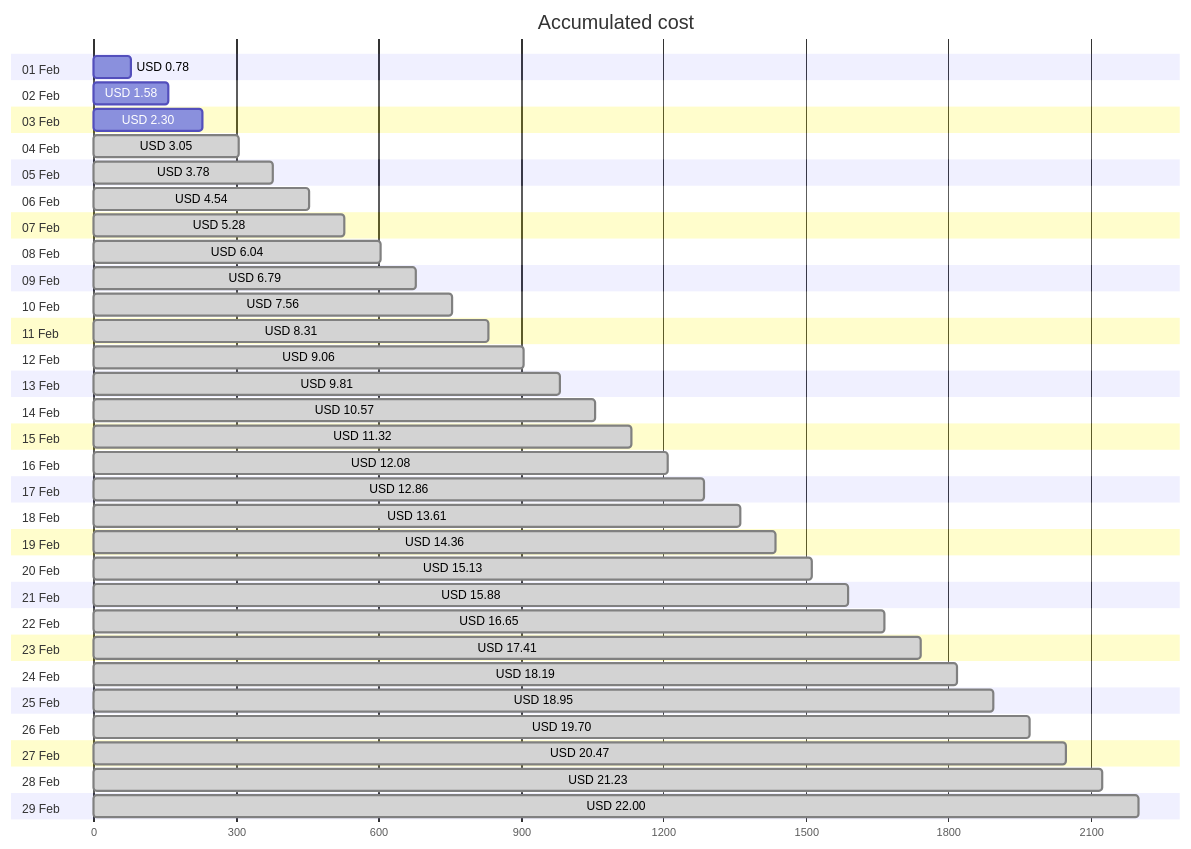
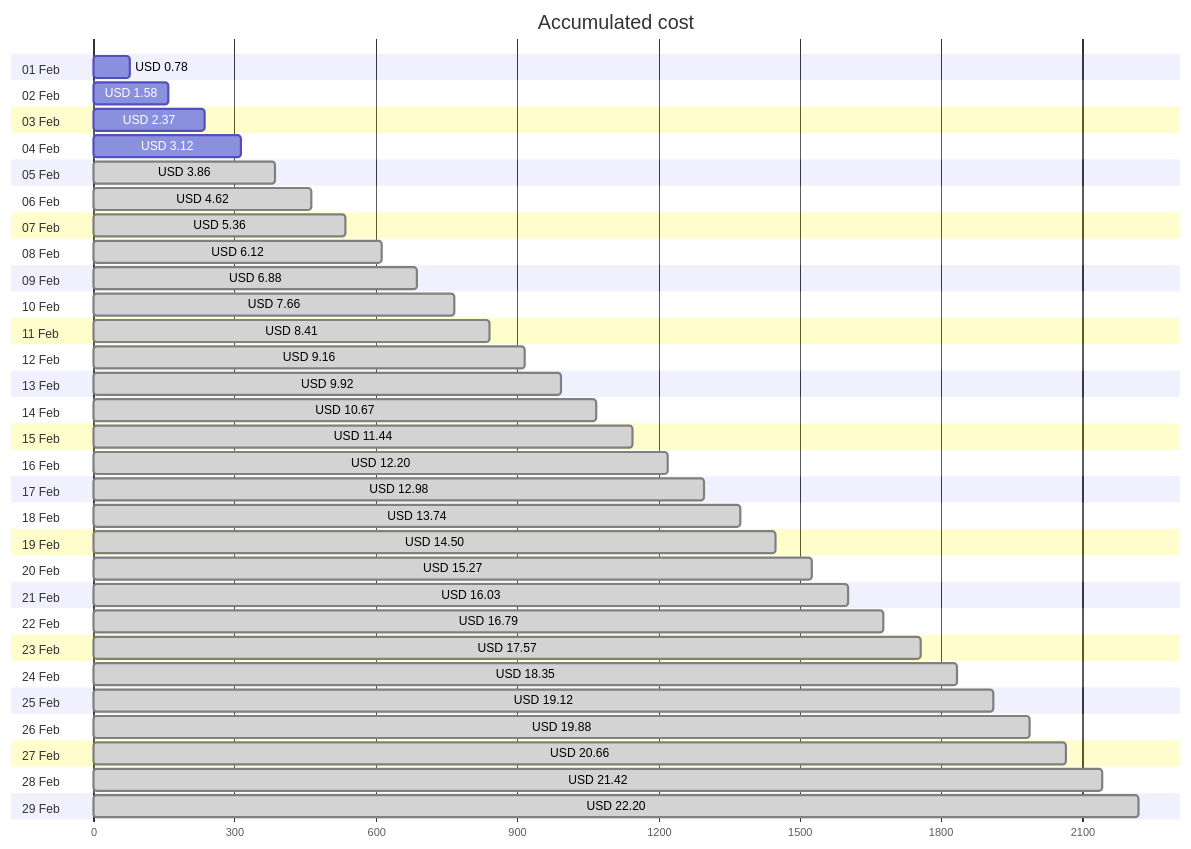
Before and after one commit to jpfulton/azure-personal-reports: the first of 4 diagrams in cost-reports/personal-network/backup-server-data-disk.md, drawn with Mermaid. The commit also changed other lines of this file and 8 other files, not shown here.

````diff
--- a/cost-reports/personal-network/backup-server-data-disk.md
+++ b/cost-reports/personal-network/backup-server-data-disk.md
@@ -20,64 +20,64 @@
 ```mermaid
 gantt
    title Accumulated cost
    dateFormat  X
    axisFormat %s
    section 01 Feb
    USD 0.78 :0, 78
    section 02 Feb
    USD 1.58 :0, 158
    section 03 Feb
-   USD 2.30 :0, 230
+   USD 2.37 :0, 237
    section 04 Feb
-   USD 3.05 : done, 0, 305
+   USD 3.12 :0, 312
    section 05 Feb
-   USD 3.78 : done, 0, 378
+   USD 3.86 : done, 0, 386
    section 06 Feb
-   USD 4.54 : done, 0, 454
+   USD 4.62 : done, 0, 462
    section 07 Feb
-   USD 5.28 : done, 0, 528
+   USD 5.36 : done, 0, 536
    section 08 Feb
-   USD 6.04 : done, 0, 604
+   USD 6.12 : done, 0, 612
    section 09 Feb
-   USD 6.79 : done, 0, 679
+   USD 6.88 : done, 0, 688
    section 10 Feb
-   USD 7.56 : done, 0, 756
+   USD 7.66 : done, 0, 766
    section 11 Feb
-   USD 8.31 : done, 0, 831
+   USD 8.41 : done, 0, 841
    section 12 Feb
-   USD 9.06 : done, 0, 906
+   USD 9.16 : done, 0, 916
    section 13 Feb
-   USD 9.81 : done, 0, 981
+   USD 9.92 : done, 0, 992
    section 14 Feb
-   USD 10.57 : done, 0, 1057
+   USD 10.67 : done, 0, 1067
    section 15 Feb
-   USD 11.32 : done, 0, 1132
+   USD 11.44 : done, 0, 1144
    section 16 Feb
-   USD 12.08 : done, 0, 1208
+   USD 12.20 : done, 0, 1220
    section 17 Feb
-   USD 12.86 : done, 0, 1286
+   USD 12.98 : done, 0, 1298
    section 18 Feb
-   USD 13.61 : done, 0, 1361
+   USD 13.74 : done, 0, 1374
    section 19 Feb
-   USD 14.36 : done, 0, 1436
+   USD 14.50 : done, 0, 1450
    section 20 Feb
-   USD 15.13 : done, 0, 1513
+   USD 15.27 : done, 0, 1527
    section 21 Feb
-   USD 15.88 : done, 0, 1588
+   USD 16.03 : done, 0, 1603
    section 22 Feb
-   USD 16.65 : done, 0, 1665
+   USD 16.79 : done, 0, 1679
    section 23 Feb
-   USD 17.41 : done, 0, 1741
+   USD 17.57 : done, 0, 1757
    section 24 Feb
-   USD 18.19 : done, 0, 1819
+   USD 18.35 : done, 0, 1835
    section 25 Feb
-   USD 18.95 : done, 0, 1895
+   USD 19.12 : done, 0, 1912
    section 26 Feb
-   USD 19.70 : done, 0, 1970
+   USD 19.88 : done, 0, 1988
    section 27 Feb
-   USD 20.47 : done, 0, 2047
+   USD 20.66 : done, 0, 2066
    section 28 Feb
-   USD 21.23 : done, 0, 2123
+   USD 21.42 : done, 0, 2142
    section 29 Feb
-   USD 22.00 : done, 0, 2200
+   USD 22.20 : done, 0, 2220
 ```
````
